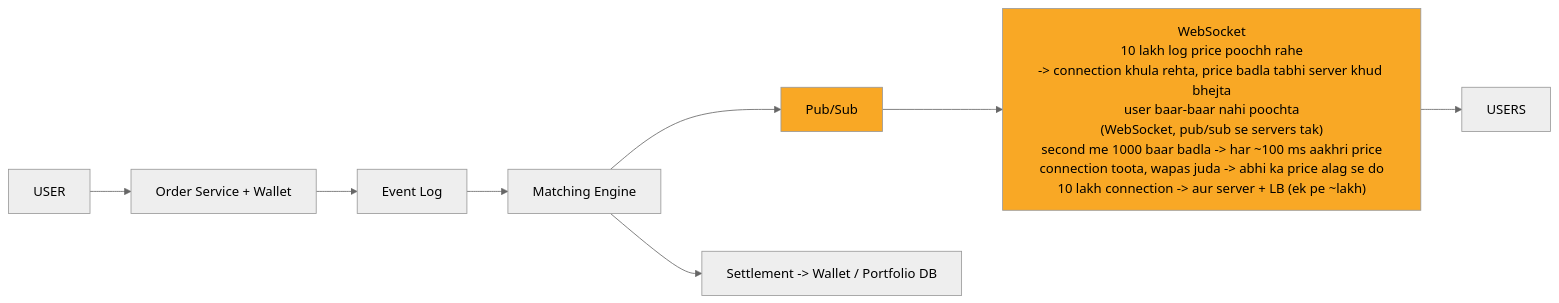
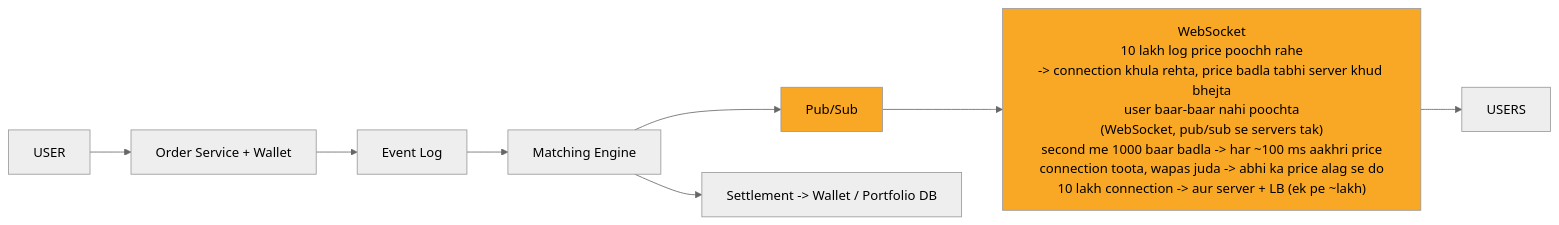
The ninth of 10 diagrams in 04_HLD/SYSTEM_DESIGNS/05_stock_broker_trading/05_stock_broker_trading.md (ArpanMaheshwari144/Prep), drawn with Mermaid (neutral theme) before and after one commit. The commit also changed other lines of this file and 182 other files, not shown here.

Commit message:
hld 14 file: har diagram mermaid-cli se SVG image (source details me), n_pad hataya, render tool 04_HLD/tools

````diff
--- a/04_HLD/SYSTEM_DESIGNS/05_stock_broker_trading/05_stock_broker_trading.md
+++ b/04_HLD/SYSTEM_DESIGNS/05_stock_broker_trading/05_stock_broker_trading.md
@@ -391,24 +427,21 @@
 ```mermaid
 %%{init: {"flowchart": {"wrappingWidth": 450}}}%%
 flowchart LR
     n_USER["USER"]
     n_OW["Order Service + Wallet"]
     n_Event_Log["Event Log"]
     n_Matching_Engine["Matching Engine"]
     n_Pub_Sub["Pub/Sub"]
     n_WebSocket["WebSocket<br/>10 lakh log price poochh rahe<br/>-> connection khula rehta, price badla tabhi server khud bhejta<br/>user baar-baar nahi poochta<br/>(WebSocket, pub/sub se servers tak)<br/>second me 1000 baar badla -> har ~100 ms aakhri price<br/>connection toota, wapas juda -> abhi ka price alag se do<br/>10 lakh connection -> aur server + LB (ek pe ~lakh)"]
     n_USERS["USERS"]
     n_SET["Settlement -> Wallet / Portfolio DB"]
     n_USER --> n_OW
     n_OW --> n_Event_Log
     n_Event_Log --> n_Matching_Engine
     n_Matching_Engine --> n_SET
     n_Matching_Engine --> n_Pub_Sub
     n_Pub_Sub --> n_WebSocket
     n_WebSocket --> n_USERS
-    n_pad["xxxxxxxxxxxxxxxx"]
-    n_SET ~~~ n_pad
     style n_Pub_Sub fill:#f9a825,color:#000
     style n_WebSocket fill:#f9a825,color:#000
-    style n_pad fill:none,stroke:none,color:#ffffff00
 ```
````
